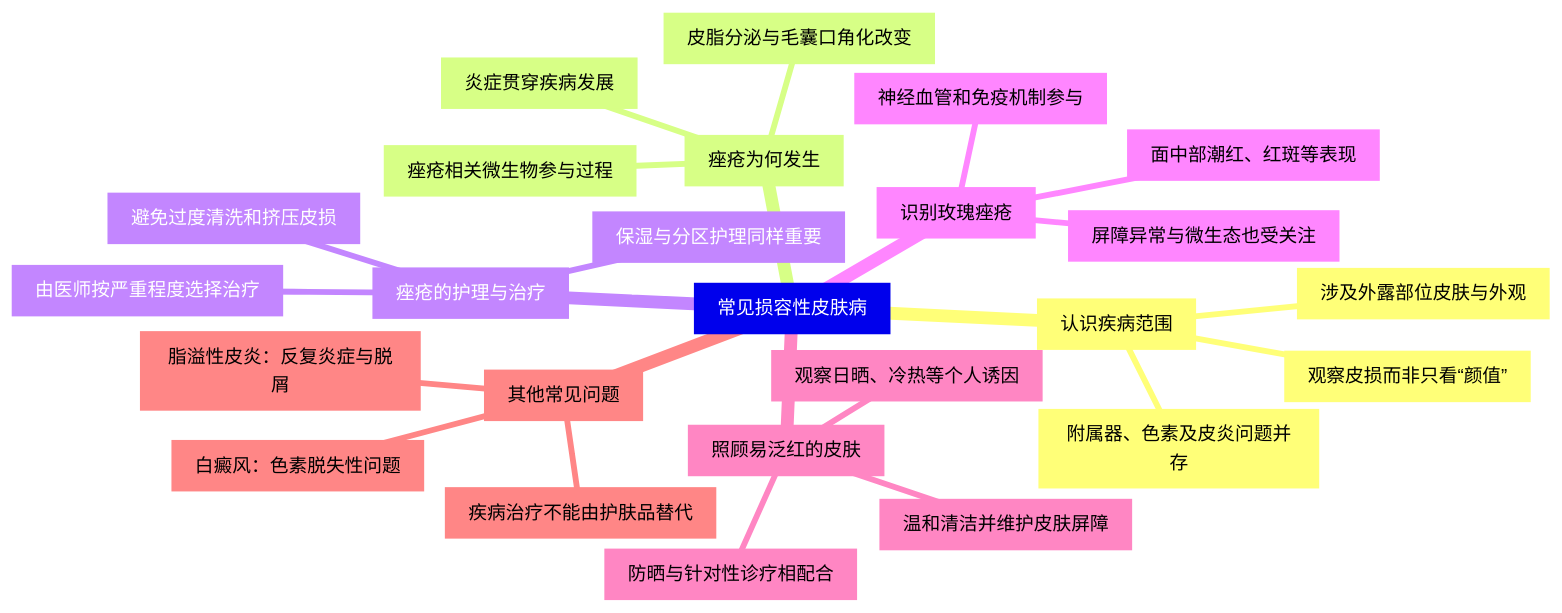
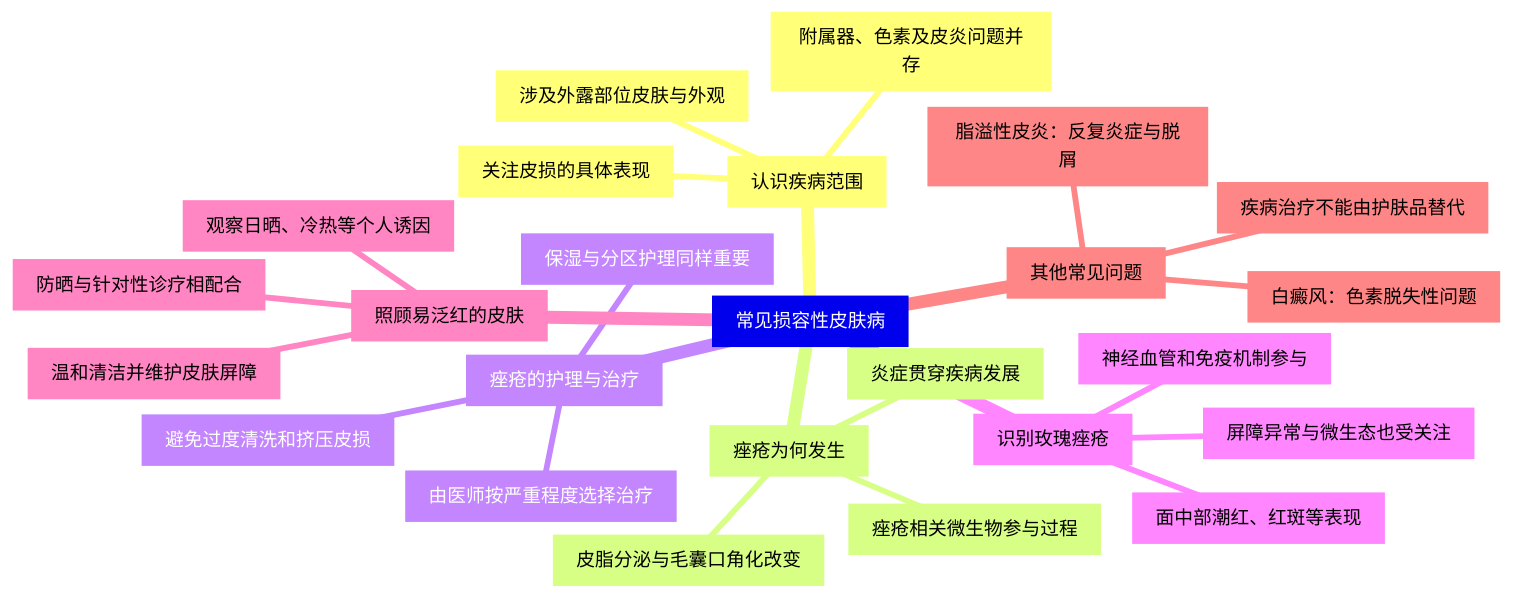
Before and after one commit to hanson2017ear/skin-barrier-skincare-course: the diagram in lessons/common-dermatoses.mmd, drawn with Mermaid. The commit also changed 40 other files, not shown here.

Commit message:
Simplify course notes copy, mindmap labels and reference reading layout

```diff
--- a/lessons/common-dermatoses.mmd
+++ b/lessons/common-dermatoses.mmd
@@ -1,26 +1,26 @@
 mindmap
   root["常见损容性皮肤病"]
     b1["认识疾病范围"]
       b1n1["涉及外露部位皮肤与外观"]
       b1n2["附属器、色素及皮炎问题并存"]
-      b1n3["观察皮损而非只看“颜值”"]
+      b1n3["关注皮损的具体表现"]
     b2["痤疮为何发生"]
       b2n1["皮脂分泌与毛囊口角化改变"]
       b2n2["痤疮相关微生物参与过程"]
       b2n3["炎症贯穿疾病发展"]
     b3["痤疮的护理与治疗"]
       b3n1["避免过度清洗和挤压皮损"]
       b3n2["保湿与分区护理同样重要"]
       b3n3["由医师按严重程度选择治疗"]
     b4["识别玫瑰痤疮"]
       b4n1["面中部潮红、红斑等表现"]
       b4n2["神经血管和免疫机制参与"]
       b4n3["屏障异常与微生态也受关注"]
     b5["照顾易泛红的皮肤"]
       b5n1["观察日晒、冷热等个人诱因"]
       b5n2["温和清洁并维护皮肤屏障"]
       b5n3["防晒与针对性诊疗相配合"]
     b6["其他常见问题"]
       b6n1["脂溢性皮炎：反复炎症与脱屑"]
       b6n2["白癜风：色素脱失性问题"]
       b6n3["疾病治疗不能由护肤品替代"]
```
